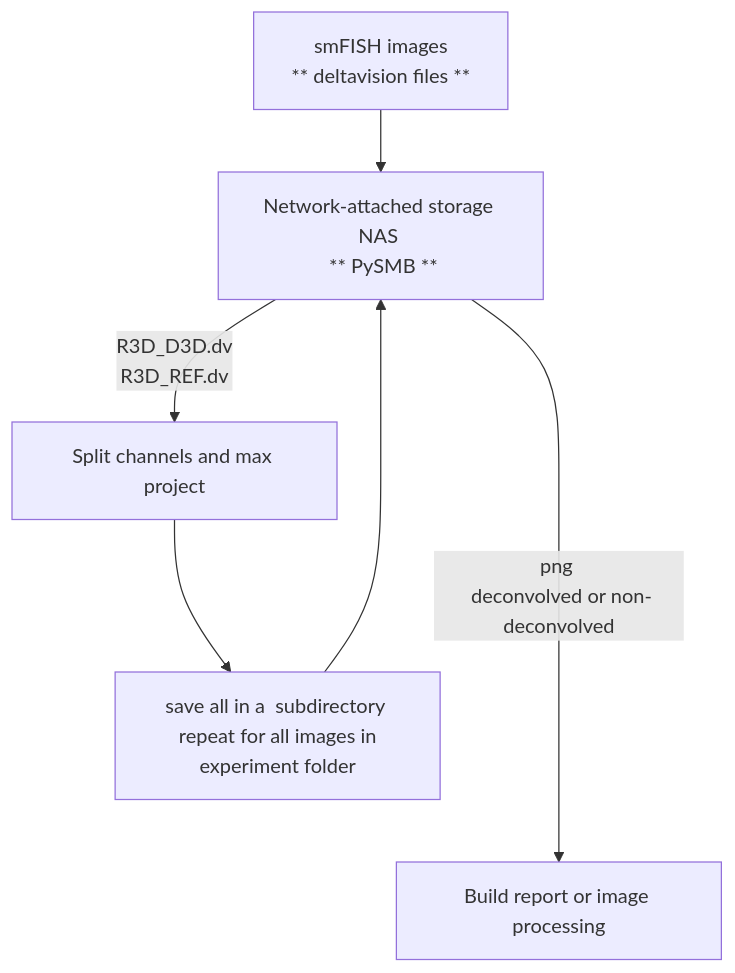
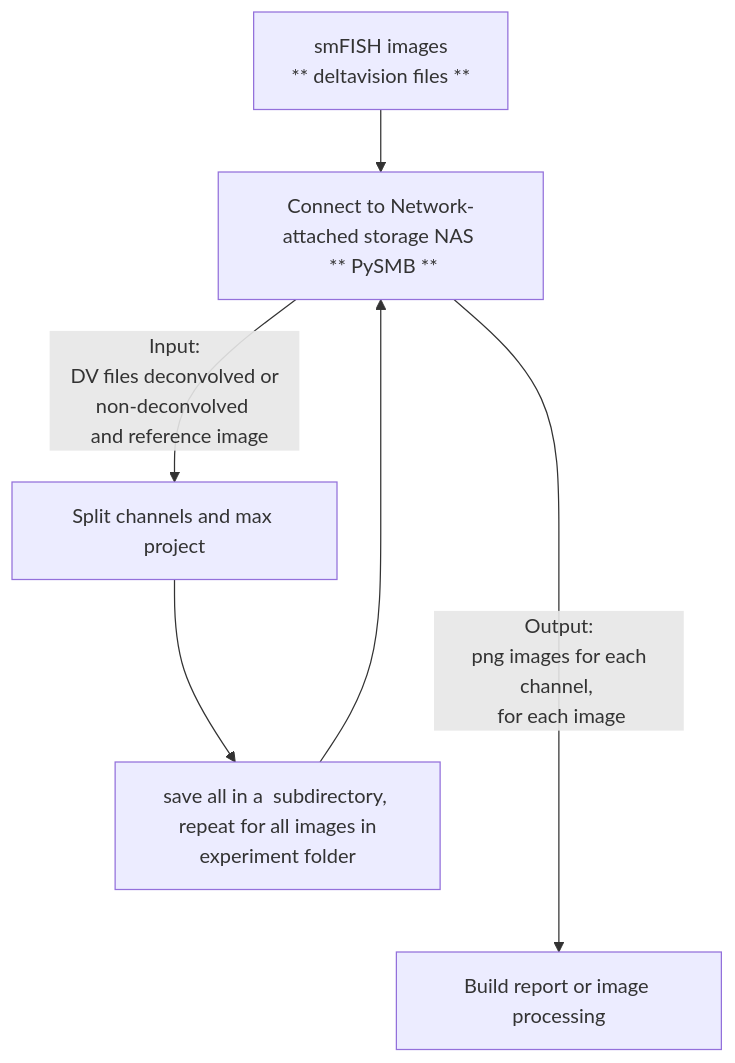
One commit to TorresNaly/dv2png changed the diagram in README.md. Above: the diagram before and after it, drawn with Mermaid. The commit also changed other lines of this file, not shown here.

````diff
--- a/README.md
+++ b/README.md
@@ -10,8 +10,8 @@
 ```mermaid
 flowchart TD
-    Experiments[smFISH images \n ** deltavision files **] --> B[Network-attached storage NAS \n ** PySMB **]
-    B -->|R3D_D3D.dv \n  R3D_REF.dv| C[Split channels and max project]
-    C --> D[save all in a  subdirectory \n repeat for all images in experiment folder]
+    Experiments[smFISH images \n ** deltavision files **] --> B[Connect to Network-attached storage NAS \n ** PySMB **]
+    B -->|Input:\n DV files deconvolved or non-deconvolved \n  and reference image | C[Split channels and max project]
+    C --> D[save all in a  subdirectory, \n repeat for all images in experiment folder]
     D --> B
-    B ---->|png \n deconvolved or non-deconvolved| E[Build report or image processing]
+    B ---->|Output:\n png images for each channel, \n for each image| E[Build report or image processing]
 ```
````
